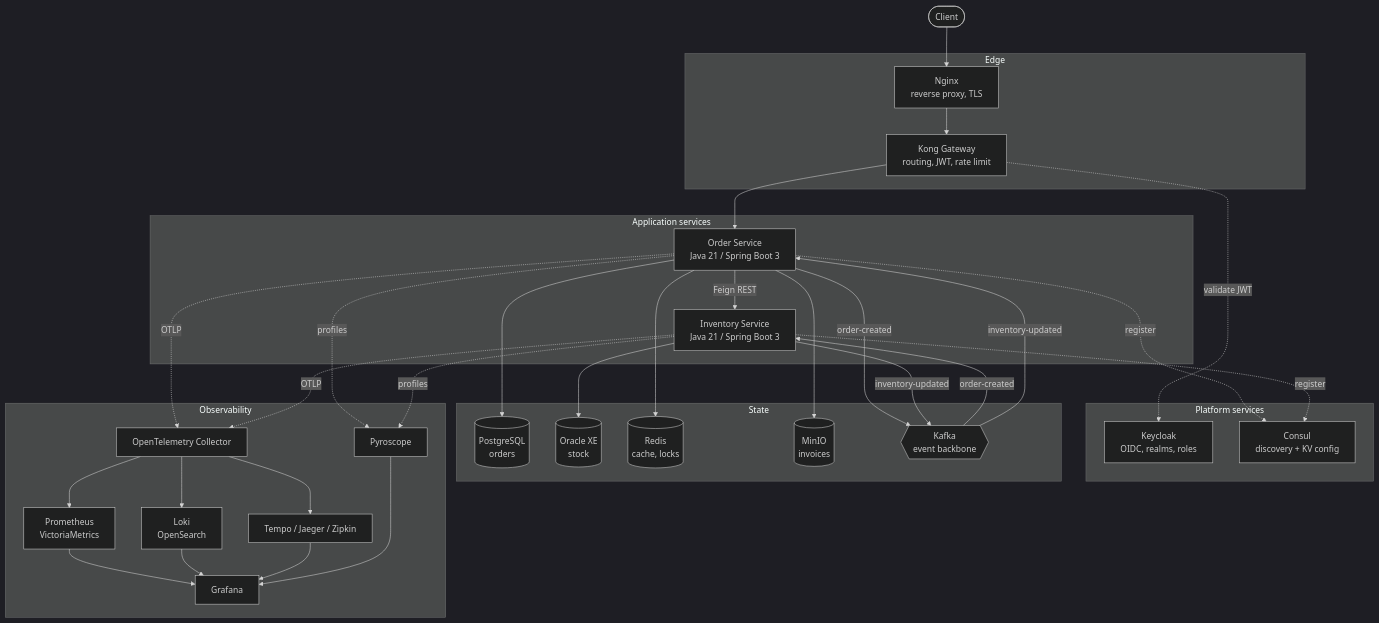
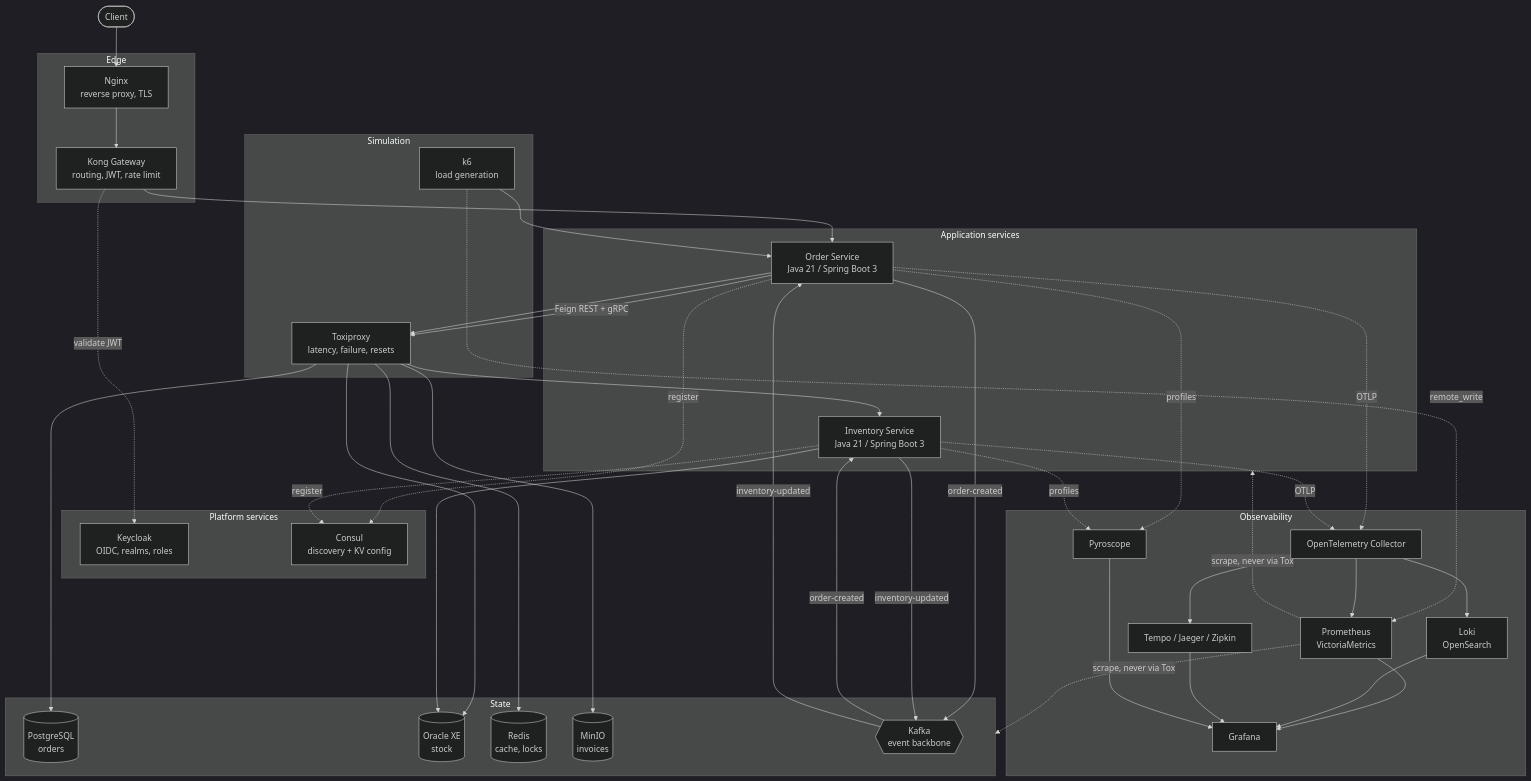
The diagram in README.md (minhvuongvu/observability-lab-parent), drawn with Mermaid (dark theme) before and after one commit. The commit also changed other lines of this file and 42 other files, not shown here.

````diff
--- a/README.md
+++ b/README.md
@@ -32,66 +34,77 @@
 ```mermaid
 flowchart TB
     Client([Client])
 
     subgraph Edge["Edge"]
         Nginx["Nginx<br/>reverse proxy, TLS"]
         Kong["Kong Gateway<br/>routing, JWT, rate limit"]
     end
 
     subgraph Platform["Platform services"]
         Keycloak["Keycloak<br/>OIDC, realms, roles"]
         Consul["Consul<br/>discovery + KV config"]
     end
 
     subgraph Apps["Application services"]
         Order["Order Service<br/>Java 21 / Spring Boot 3"]
         Inventory["Inventory Service<br/>Java 21 / Spring Boot 3"]
     end
 
     subgraph State["State"]
         Postgres[("PostgreSQL<br/>orders")]
         Oracle[("Oracle XE<br/>stock")]
         Redis[("Redis<br/>cache, locks")]
         MinIO[("MinIO<br/>invoices")]
         Kafka{{"Kafka<br/>event backbone"}}
     end
 
     subgraph Obs["Observability"]
         Otel["OpenTelemetry Collector"]
         Metrics["Prometheus<br/>VictoriaMetrics"]
         Logs["Loki<br/>OpenSearch"]
         Traces["Tempo / Jaeger / Zipkin"]
         Profiles["Pyroscope"]
         Grafana["Grafana"]
     end
 
+    subgraph Sim["Simulation"]
+        K6["k6<br/>load generation"]
+        Tox["Toxiproxy<br/>latency, failure, resets"]
+    end
+
     Client --> Nginx --> Kong
     Kong -. validate JWT .-> Keycloak
     Kong --> Order
+    K6 --> Order
 
-    Order -- Feign REST --> Inventory
-    Order --> Postgres
-    Order --> Redis
-    Order --> MinIO
+    Order -- Feign REST + gRPC --> Tox --> Inventory
+    Order --> Tox
+    Tox --> Postgres
+    Tox --> Redis
+    Tox --> MinIO
+    Tox --> Oracle
     Order -- order-created --> Kafka
     Kafka -- order-created --> Inventory
     Inventory --> Oracle
     Inventory -- inventory-updated --> Kafka
     Kafka -- inventory-updated --> Order
 
     Order -. register .-> Consul
     Inventory -. register .-> Consul
+    K6 -. remote_write .-> Metrics
+    Metrics -. scrape, never via Tox .-> Apps
+    Metrics -. scrape, never via Tox .-> State
     Order -. OTLP .-> Otel
     Inventory -. OTLP .-> Otel
     Order -. profiles .-> Profiles
     Inventory -. profiles .-> Profiles
 
     Otel --> Metrics
     Otel --> Logs
     Otel --> Traces
 
     Metrics --> Grafana
     Logs --> Grafana
     Traces --> Grafana
     Profiles --> Grafana
 ```
````
